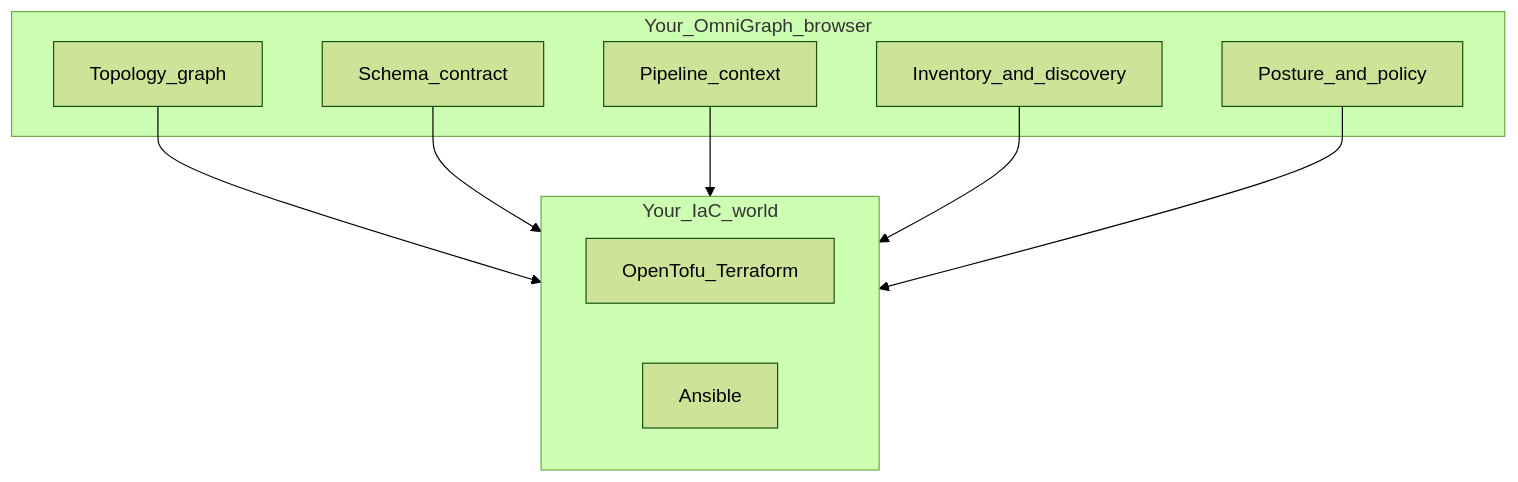
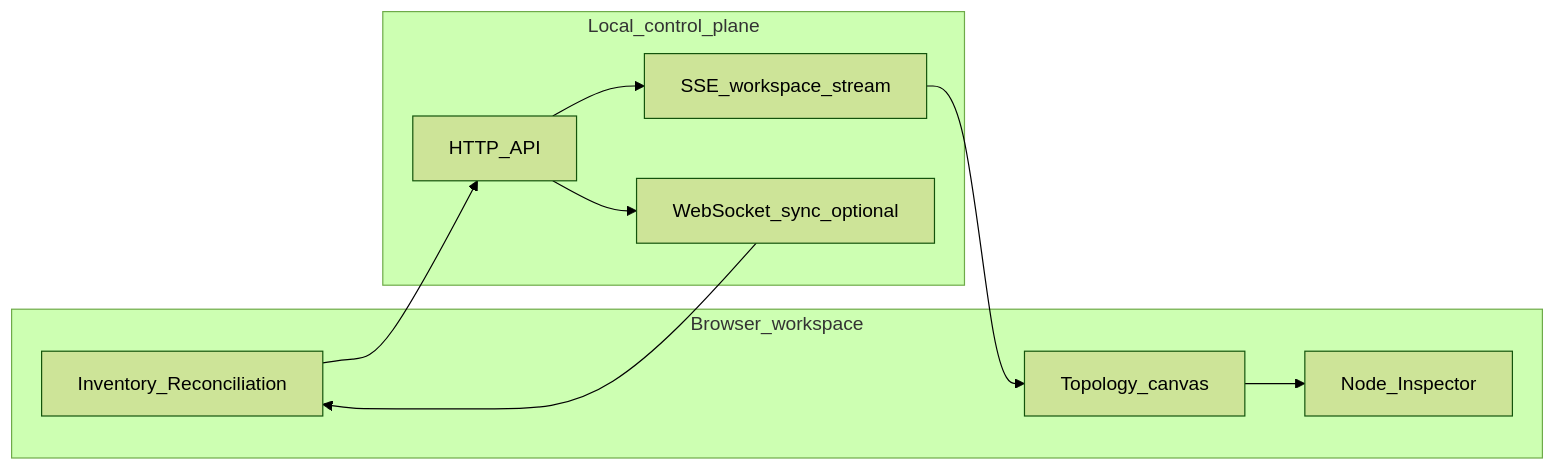
Before and after one commit to kennetholsenatm-gif/OmniGraph: the diagram in README.md, drawn with Mermaid (forest theme). The commit also changed other lines of this file and 62 other files, not shown here.

First line of the commit message:
feat: web-first docs, ingest/drift/sync, graph and serve hardening

````diff
--- a/README.md
+++ b/README.md
@@ -11,19 +11,19 @@
 ```mermaid
-flowchart TB
-  subgraph og [Your_OmniGraph_browser]
-    T[Topology_graph]
-    S[Schema_contract]
-    P[Pipeline_context]
-    I[Inventory_and_discovery]
-    U[Posture_and_policy]
+flowchart LR
+  subgraph browser [Browser_workspace]
+    Topo[Topology_canvas]
+    Insp[Node_Inspector]
+    Inv[Inventory_Reconciliation]
   end
-  subgraph stack [Your_IaC_world]
-    TF[OpenTofu_Terraform]
-    AN[Ansible]
+  subgraph local [Local_control_plane]
+    API[HTTP_API]
+    SSE[SSE_workspace_stream]
+    WS[WebSocket_sync_optional]
   end
-  T --> stack
-  S --> stack
-  P --> stack
-  I --> stack
-  U --> stack
+  Topo --> Insp
+  Inv --> API
+  API --> SSE
+  API --> WS
+  SSE --> Topo
+  WS --> Inv
 ```
````
